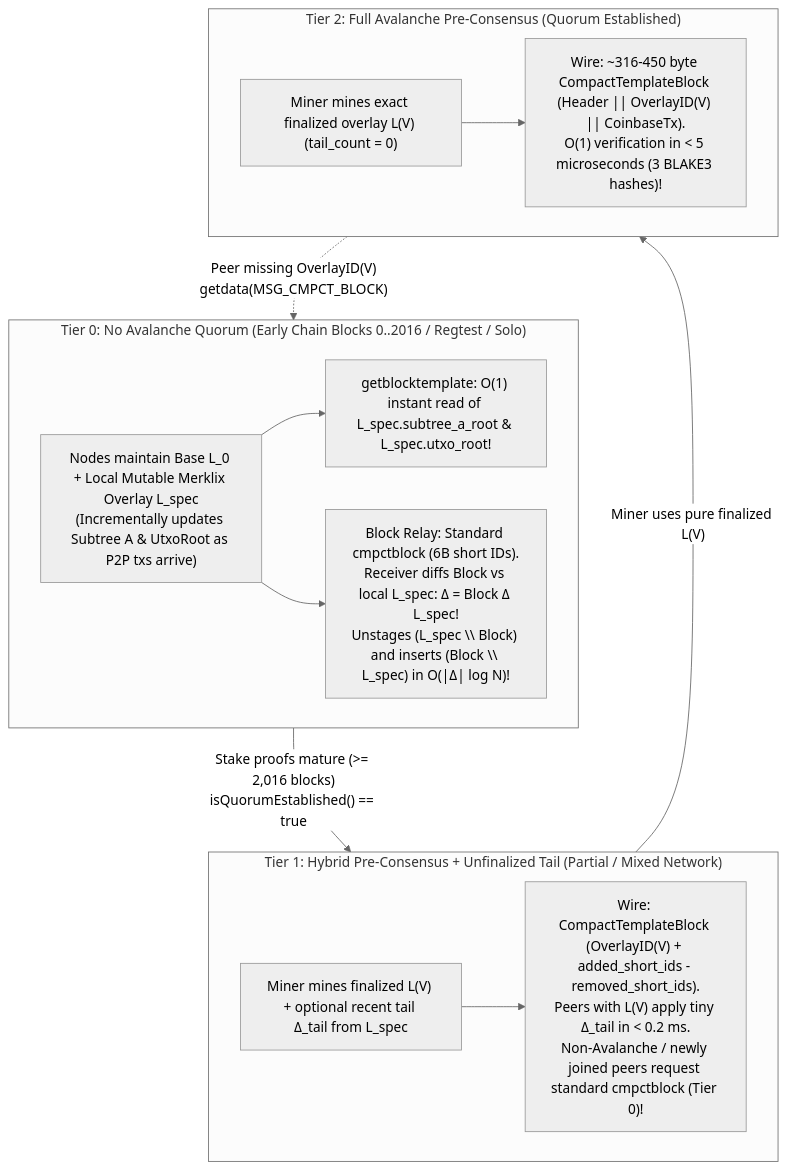
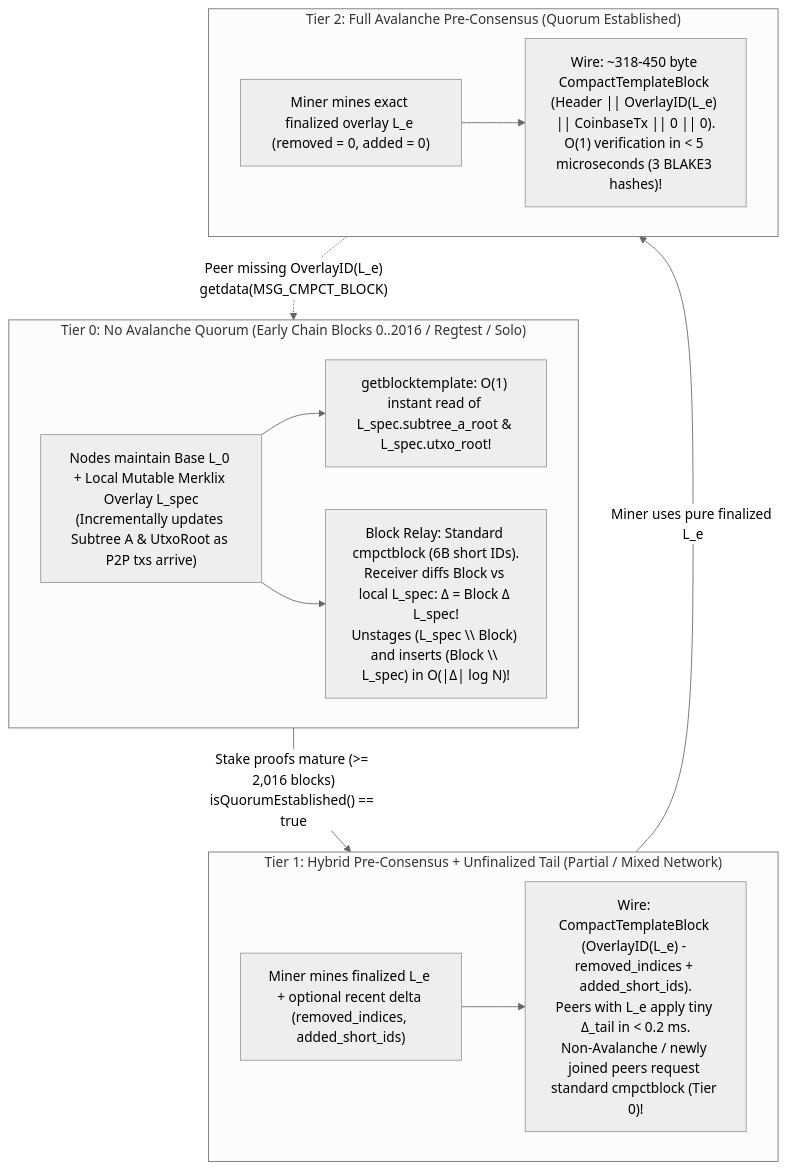
The seventh of 9 diagrams in docs/plans/lotus-v2-bulk-preconsensus-and-mempool-overlays.md (givelotus/lotus), drawn with Mermaid (neutral theme) before and after one commit. The commit also changed other lines of this file, not shown here.

Commit message:
docs(v2): harden bulk pre-consensus spec against 9 adversarial attacks and add 5-phase C++ implementation plan

````diff
--- a/docs/plans/lotus-v2-bulk-preconsensus-and-mempool-overlays.md
+++ b/docs/plans/lotus-v2-bulk-preconsensus-and-mempool-overlays.md
@@ -716,25 +801,25 @@
 ```mermaid
 flowchart TD
     subgraph Tier0["Tier 0: No Avalanche Quorum (Early Chain Blocks 0..2016 / Regtest / Solo)"]
         T0_Pool["Nodes maintain Base L_0 + Local Mutable Merklix Overlay L_spec<br/>(Incrementally updates Subtree A & UtxoRoot as P2P txs arrive)"]
         T0_Mine["getblocktemplate: O(1) instant read of L_spec.subtree_a_root & L_spec.utxo_root!"]
         T0_Prop["Block Relay: Standard cmpctblock (6B short IDs).<br/>Receiver diffs Block vs local L_spec: Δ = Block Δ L_spec!<br/>Unstages (L_spec \\ Block) and inserts (Block \\ L_spec) in O(|Δ| log N)!"]
         T0_Pool --> T0_Mine & T0_Prop
     end
 
     subgraph Tier1["Tier 1: Hybrid Pre-Consensus + Unfinalized Tail (Partial / Mixed Network)"]
-        T1_Mine["Miner mines finalized L(V) + optional recent tail Δ_tail from L_spec"]
-        T1_Prop["Wire: CompactTemplateBlock (OverlayID(V) + added_short_ids - removed_short_ids).<br/>Peers with L(V) apply tiny Δ_tail in < 0.2 ms.<br/>Non-Avalanche / newly joined peers request standard cmpctblock (Tier 0)!"]
+        T1_Mine["Miner mines finalized L_e + optional recent delta (removed_indices, added_short_ids)"]
+        T1_Prop["Wire: CompactTemplateBlock (OverlayID(L_e) - removed_indices + added_short_ids).<br/>Peers with L_e apply tiny Δ_tail in < 0.2 ms.<br/>Non-Avalanche / newly joined peers request standard cmpctblock (Tier 0)!"]
         T1_Mine --> T1_Prop
     end
 
     subgraph Tier2["Tier 2: Full Avalanche Pre-Consensus (Quorum Established)"]
-        T2_Mine["Miner mines exact finalized overlay L(V) (tail_count = 0)"]
-        T2_Prop["Wire: ~316-450 byte CompactTemplateBlock (Header || OverlayID(V) || CoinbaseTx).<br/>O(1) verification in < 5 microseconds (3 BLAKE3 hashes)!"]
+        T2_Mine["Miner mines exact finalized overlay L_e (removed = 0, added = 0)"]
+        T2_Prop["Wire: ~318-450 byte CompactTemplateBlock (Header || OverlayID(L_e) || CoinbaseTx || 0 || 0).<br/>O(1) verification in < 5 microseconds (3 BLAKE3 hashes)!"]
         T2_Mine --> T2_Prop
     end
 
     Tier0 -->|"Stake proofs mature (>= 2,016 blocks)<br/>isQuorumEstablished() == true"| Tier1
-    Tier1 -->|"Miner uses pure finalized L(V)"| Tier2
-    Tier2 -.->|"Peer missing OverlayID(V)<br/>getdata(MSG_CMPCT_BLOCK)"| Tier0
+    Tier1 -->|"Miner uses pure finalized L_e"| Tier2
+    Tier2 -.->|"Peer missing OverlayID(L_e)<br/>getdata(MSG_CMPCT_BLOCK)"| Tier0
 ```
````
